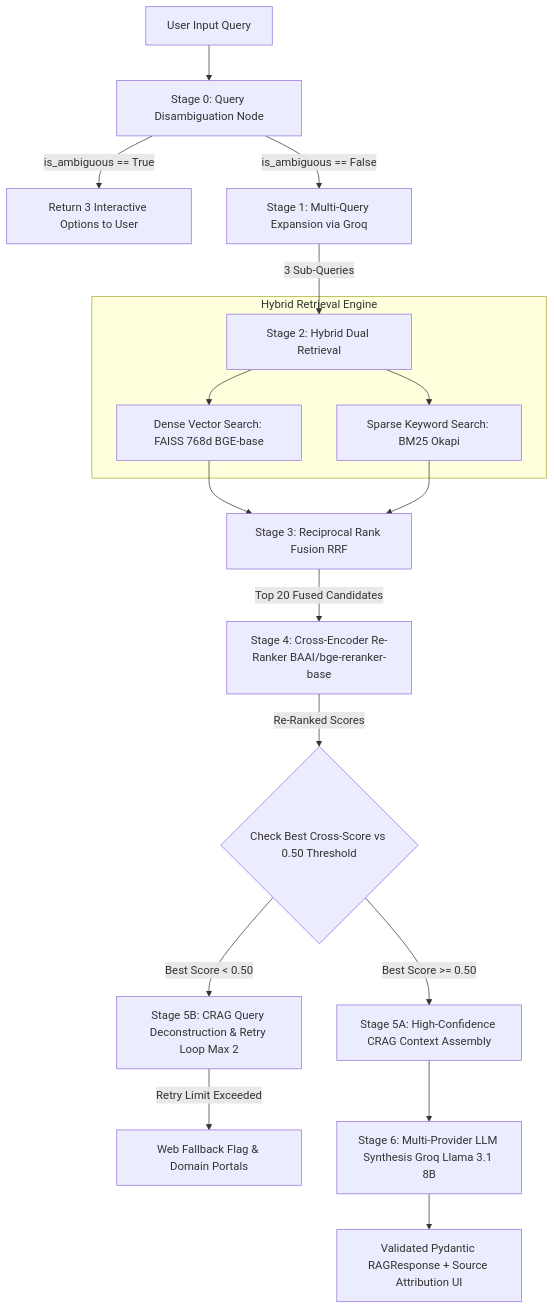
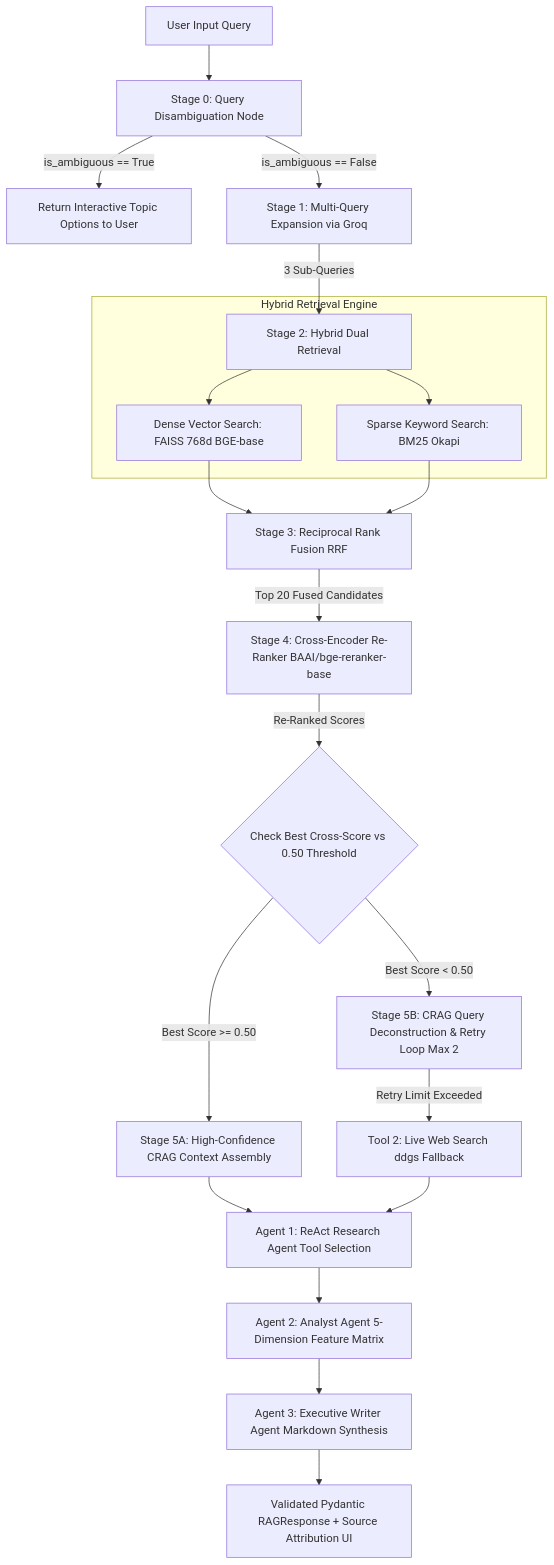
The diagram in README.md (Vikrant038/Beh-rden-Bot-Advanced-CRAG), drawn with Mermaid before and after one commit. The commit also changed other lines of this file and 6 other files, not shown here.

Commit message:
feat: Update CI/CD workflow, enhance README, and implement 3-Agent ReAct architecture for improved query handling

````diff
--- a/README.md
+++ b/README.md
@@ -20,29 +20,34 @@
 ```mermaid
 flowchart TD
     A[User Input Query] --> B[Stage 0: Query Disambiguation Node]
     
-    B -->|is_ambiguous == True| C[Return 3 Interactive Options to User]
+    B -->|is_ambiguous == True| C[Return Interactive Topic Options to User]
     B -->|is_ambiguous == False| D[Stage 1: Multi-Query Expansion via Groq]
     
     D -->|3 Sub-Queries| E[Stage 2: Hybrid Dual Retrieval]
     
     subgraph Hybrid Retrieval Engine
         E --> F[Dense Vector Search: FAISS 768d BGE-base]
         E --> G[Sparse Keyword Search: BM25 Okapi]
     end
     
     F --> H[Stage 3: Reciprocal Rank Fusion RRF]
     G --> H
     
     H -->|Top 20 Fused Candidates| I[Stage 4: Cross-Encoder Re-Ranker BAAI/bge-reranker-base]
     
     I -->|Re-Ranked Scores| J{Check Best Cross-Score vs 0.50 Threshold}
     
     J -->|Best Score >= 0.50| K[Stage 5A: High-Confidence CRAG Context Assembly]
     J -->|Best Score < 0.50| L[Stage 5B: CRAG Query Deconstruction & Retry Loop Max 2]
     
-    L -->|Retry Limit Exceeded| M[Web Fallback Flag & Domain Portals]
+    L -->|Retry Limit Exceeded| M[Tool 2: Live Web Search ddgs Fallback]
     
-    K --> N[Stage 6: Multi-Provider LLM Synthesis Groq Llama 3.1 8B]
-    N --> O[Validated Pydantic RAGResponse + Source Attribution UI]
+    K --> N[Agent 1: ReAct Research Agent Tool Selection]
+    M --> N
+    
+    N --> O[Agent 2: Analyst Agent 5-Dimension Feature Matrix]
+    O --> P[Agent 3: Executive Writer Agent Markdown Synthesis]
+    
+    P --> Q[Validated Pydantic RAGResponse + Source Attribution UI]
 ```
````
